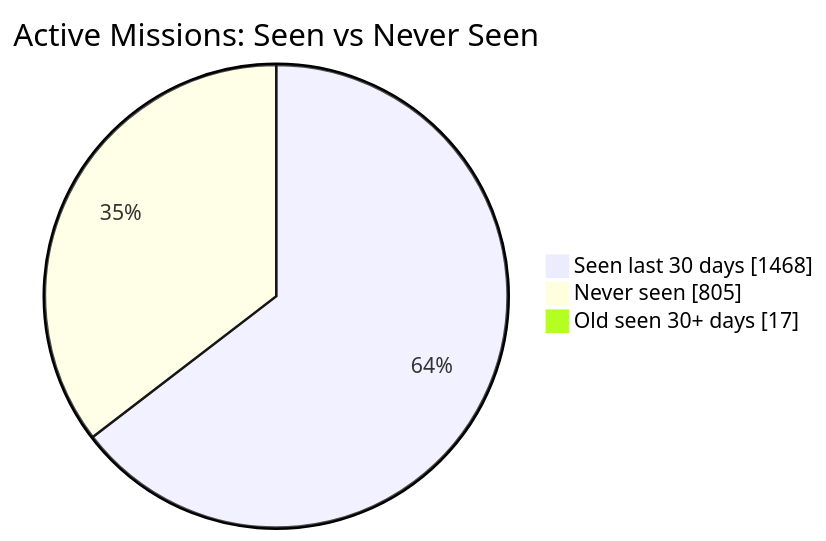
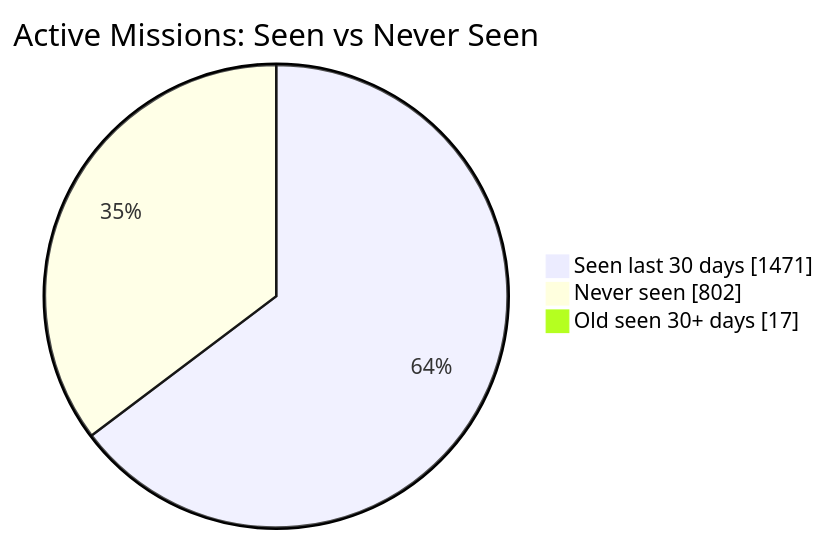
Before and after one commit to MeldkamerspelGameTeam/active-missions: the first of 2 diagrams in README.md, drawn with Mermaid. The commit also changed other lines of this file and 2 other files, not shown here.

````diff
--- a/README.md
+++ b/README.md
@@ -34,7 +34,7 @@
 ```mermaid
 pie showData
     title Active Missions: Seen vs Never Seen
-    "Seen last 30 days" : 1468
-    "Never seen" : 805
+    "Seen last 30 days" : 1471
+    "Never seen" : 802
     "Old seen 30+ days" : 17
 ```
````
